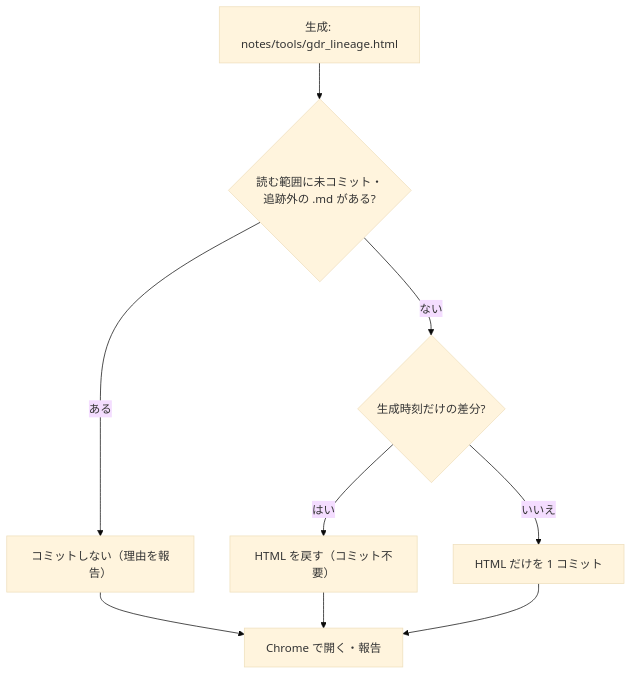
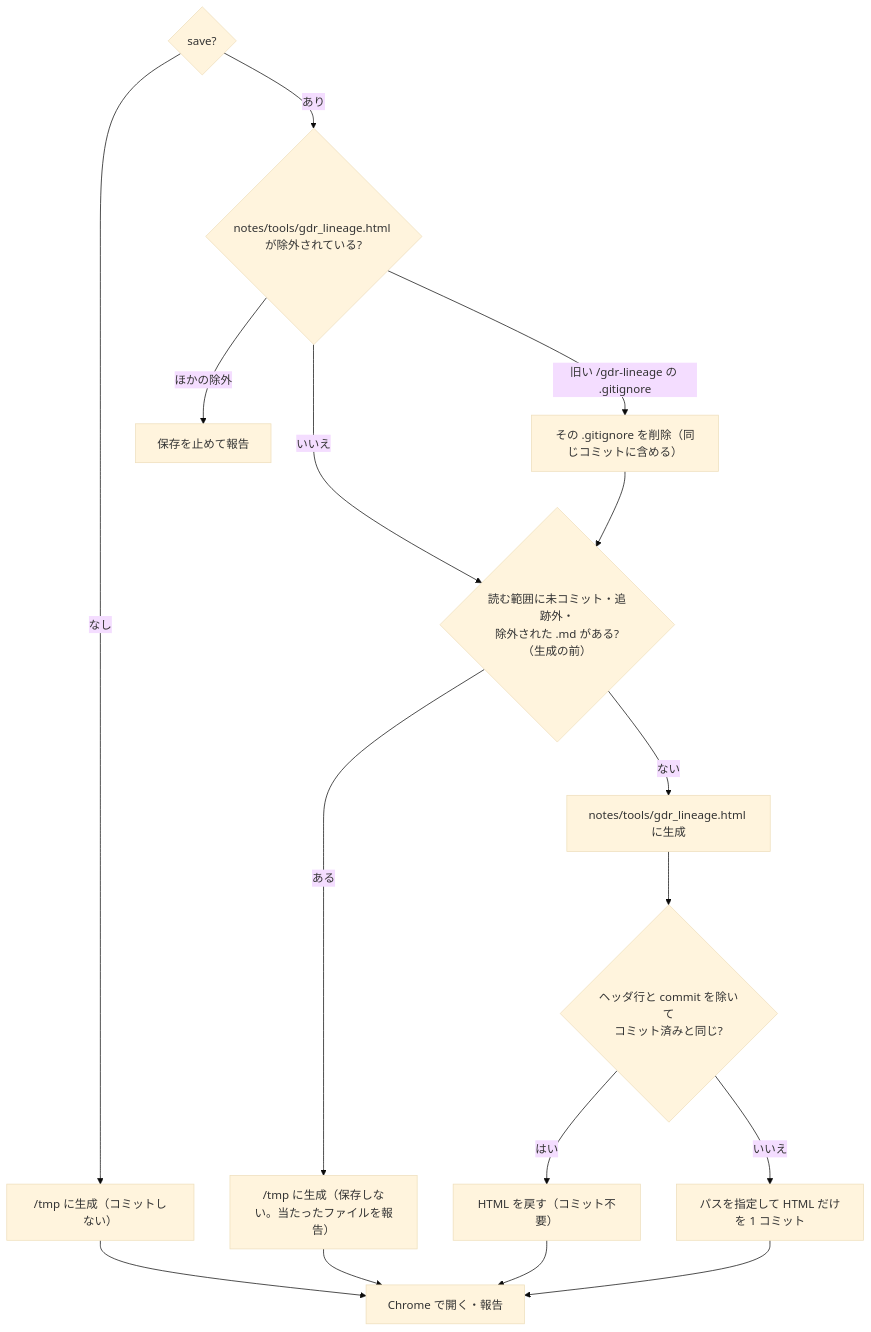
The diagram in docs/ja/91_demo_buildup_documents.md/kaizen/16_系譜ビューアの生成物のコミット提案.md (yoshinag/general-decision-record), drawn with Mermaid (base theme) before and after one commit. The commit also changed other lines of this file and 1 other file, not shown here.

Commit message:
docs(kaizen): apply review to proposal 016 (save-only commit, /tmp fallback)

````diff
--- a/docs/ja/91_demo_buildup_documents.md/kaizen/16_系譜ビューアの生成物のコミット提案.md
+++ b/docs/ja/91_demo_buildup_documents.md/kaizen/16_系譜ビューアの生成物のコミット提案.md
@@ -74,11 +85,18 @@
 ```mermaid
 flowchart TD
-  G["生成: notes/tools/gdr_lineage.html"] --> Q1{"読む範囲に未コミット・<br/>追跡外の .md がある?"}
-  Q1 -->|ある| R1["コミットしない（理由を報告）"]
-  Q1 -->|ない| Q2{"生成時刻だけの差分?"}
-  Q2 -->|はい| R2["HTML を戻す（コミット不要）"]
-  Q2 -->|いいえ| C["HTML だけを 1 コミット"]
-  C --> O["Chrome で開く・報告"]
-  R1 --> O
-  R2 --> O
+  S{"save?"} -->|なし| T["/tmp に生成（コミットしない）"]
+  S -->|あり| I{"notes/tools/gdr_lineage.html が除外されている?"}
+  I -->|旧い /gdr-lineage の .gitignore| D["その .gitignore を削除（同じコミットに含める）"]
+  I -->|ほかの除外| X["保存を止めて報告"]
+  I -->|いいえ| Q1
+  D --> Q1{"読む範囲に未コミット・追跡外・<br/>除外された .md がある?（生成の前）"}
+  Q1 -->|ある| T2["/tmp に生成（保存しない。当たったファイルを報告）"]
+  Q1 -->|ない| G["notes/tools/gdr_lineage.html に生成"]
+  G --> Q2{"ヘッダ行と commit を除いて<br/>コミット済みと同じ?"}
+  Q2 -->|はい| R["HTML を戻す（コミット不要）"]
+  Q2 -->|いいえ| C["パスを指定して HTML だけを 1 コミット"]
+  T --> O["Chrome で開く・報告"]
+  T2 --> O
+  R --> O
+  C --> O
 ```
````
